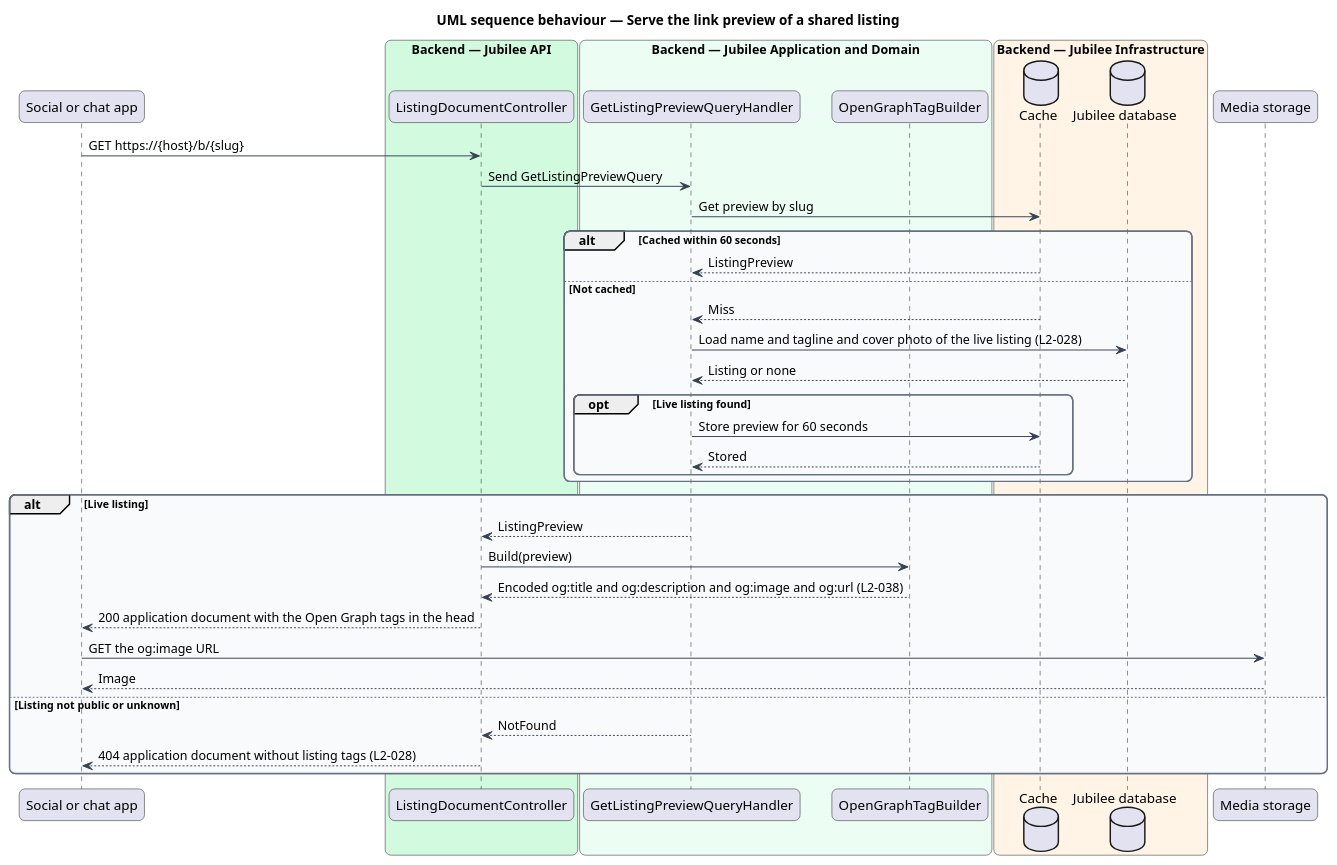
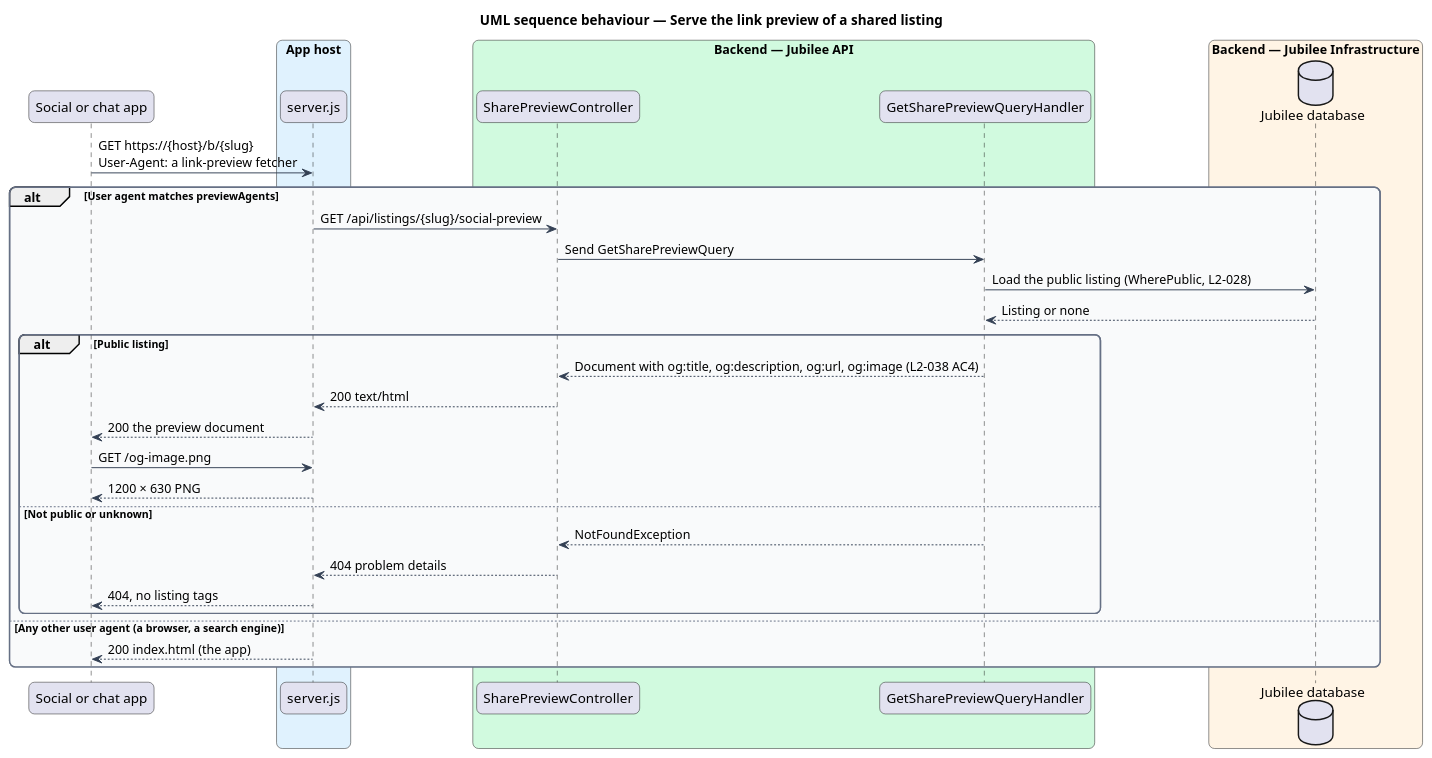
The diagram in docs/detailed-designs/listings/share-listing/diagrams/sequence-link-preview.puml (QuinntyneBrown/jubilee), drawn with PlantUML before and after one commit. The commit also changed 25 other files, not shown here.

First line of the commit message:
Requirements, designs and ADR 0055 for finishing journey 21: crawler routing of shared links, og-image.png, and the team's e-mail of a report

```diff
--- a/docs/detailed-designs/listings/share-listing/diagrams/sequence-link-preview.puml
+++ b/docs/detailed-designs/listings/share-listing/diagrams/sequence-link-preview.puml
@@ -1,55 +1,48 @@
 @startuml
 title UML sequence behaviour — Serve the link preview of a shared listing
 skinparam backgroundColor #FFFFFF
 skinparam shadowing false
 skinparam roundcorner 12
 skinparam defaultFontName Arial
 skinparam ArrowColor #344054
 skinparam rectangle {
   BorderColor #344054
   FontColor #101828
 }
 skinparam package {
   BorderColor #667085
   FontColor #101828
   BackgroundColor #F9FAFB
 }
 participant "Social or chat app" as app
+box "App host" #E0F2FE
+  participant "server.js" as host
+end box
 box "Backend — Jubilee API" #D1FADF
-  participant "ListingDocumentController" as controller
-end box
-box "Backend — Jubilee Application and Domain" #ECFDF3
-  participant "GetListingPreviewQueryHandler" as handler
-  participant "OpenGraphTagBuilder" as tags
+  participant "SharePreviewController" as controller
+  participant "GetSharePreviewQueryHandler" as handler
 end box
 box "Backend — Jubilee Infrastructure" #FFF4E5
-  database "Cache" as cache
   database "Jubilee database" as db
 end box
-participant "Media storage" as media
-app -> controller : GET https://{host}/b/{slug}
-controller -> handler : Send GetListingPreviewQuery
-handler -> cache : Get preview by slug
-alt Cached within 60 seconds
-  cache --> handler : ListingPreview
-else Not cached
-  cache --> handler : Miss
-  handler -> db : Load name and tagline and cover photo of the live listing (L2-028)
+app -> host : GET https://{host}/b/{slug}\nUser-Agent: a link-preview fetcher
+alt User agent matches previewAgents
+  host -> controller : GET /api/listings/{slug}/social-preview
+  controller -> handler : Send GetSharePreviewQuery
+  handler -> db : Load the public listing (WherePublic, L2-028)
   db --> handler : Listing or none
-  opt Live listing found
-    handler -> cache : Store preview for 60 seconds
-    cache --> handler : Stored
+  alt Public listing
+    handler --> controller : Document with og:title, og:description, og:url, og:image (L2-038 AC4)
+    controller --> host : 200 text/html
+    host --> app : 200 the preview document
+    app -> host : GET /og-image.png
+    host --> app : 1200 × 630 PNG
+  else Not public or unknown
+    handler --> controller : NotFoundException
+    controller --> host : 404 problem details
+    host --> app : 404, no listing tags
   end
-end
-alt Live listing
-  handler --> controller : ListingPreview
-  controller -> tags : Build(preview)
-  tags --> controller : Encoded og:title and og:description and og:image and og:url (L2-038)
-  controller --> app : 200 application document with the Open Graph tags in the head
-  app -> media : GET the og:image URL
-  media --> app : Image
-else Listing not public or unknown
-  handler --> controller : NotFound
-  controller --> app : 404 application document without listing tags (L2-028)
+else Any other user agent (a browser, a search engine)
+  host --> app : 200 index.html (the app)
 end
 @enduml
```
